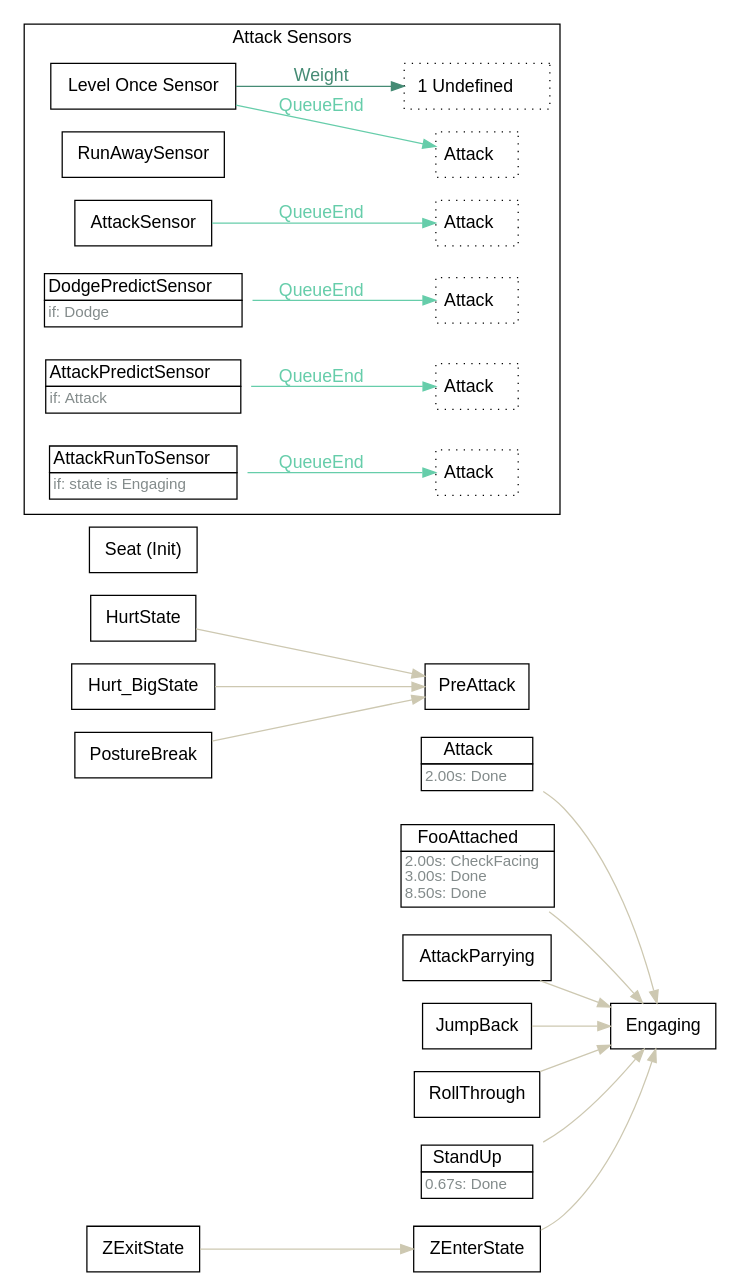
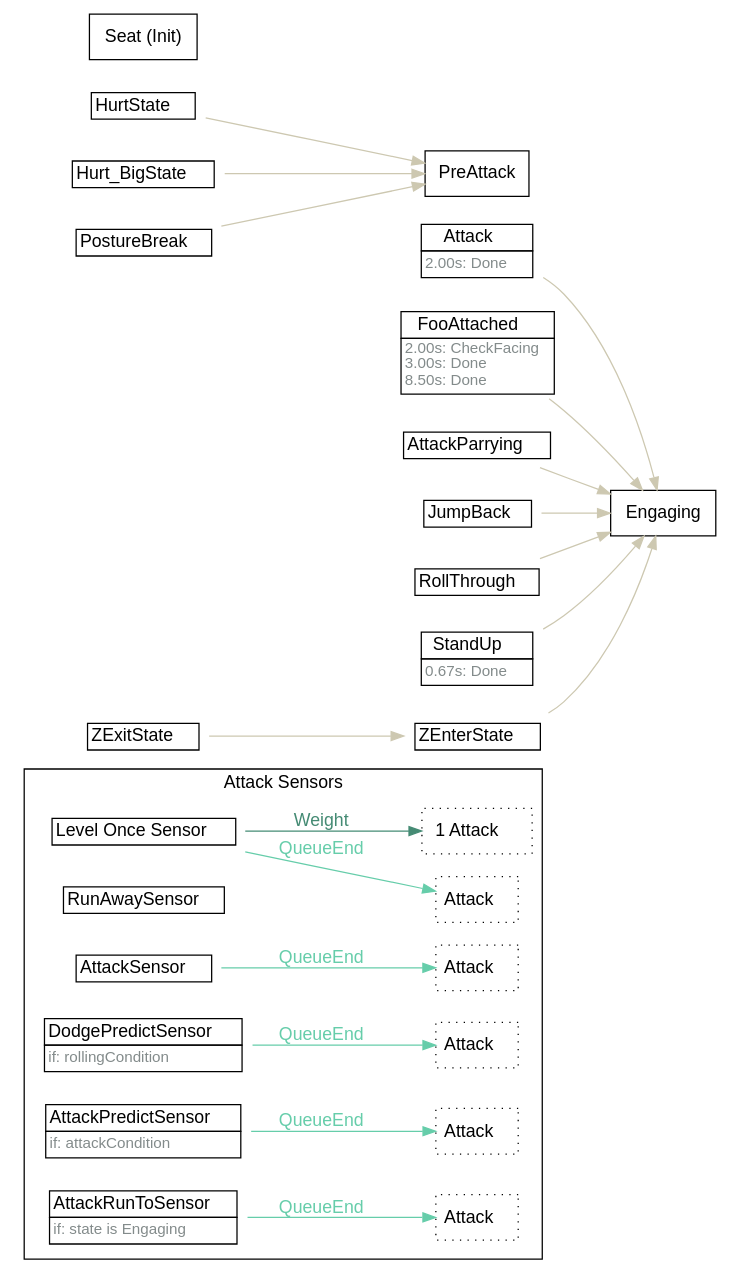
The diagram in Attacks/Minion/Red Tiger Elite Kuiyan-Statue_Shield Variant_M/data.dot (nine-sols-modding/StateDump), drawn with Graphviz before and after one commit. The commit also changed 463 other files, not shown here.

```diff
--- a/Attacks/Minion/Red Tiger Elite Kuiyan-Statue_Shield Variant_M/data.dot
+++ b/Attacks/Minion/Red Tiger Elite Kuiyan-Statue_Shield Variant_M/data.dot
@@ -1,52 +1,52 @@
 strict digraph "Foo" {
 	"rankdir"="LR";
-	node ["shape"="box", "fontname"="Helvetica"];
+	node ["shape"="box","fontname"="Helvetica"];
 	edge ["fontname"="Helvetica"];
-	"Attack" ["shape"="plaintext", "label"=<<TABLE border="0" cellborder="1" cellspacing="0" cellpadding="2"><TR><TD >Attack  </TD></TR><TR><TD align="left" balign="left"><FONT point-size="12" color="azure4">2.00s: Done</FONT>  </TD></TR></TABLE>>]
-	"Attack" -> "Engaging"  ["color"="cornsilk3", "fontcolor"="cornsilk3"]
-	"FooAttached" ["shape"="plaintext", "label"=<<TABLE border="0" cellborder="1" cellspacing="0" cellpadding="2"><TR><TD >FooAttached  </TD></TR><TR><TD align="left" balign="left"><FONT point-size="12" color="azure4">2.00s: CheckFacing<br/>3.00s: Done<br/>8.50s: Done</FONT>  </TD></TR></TABLE>>]
-	"FooAttached" -> "Engaging"  ["color"="cornsilk3", "fontcolor"="cornsilk3"]
-	"AttackParrying" ["label"="AttackParrying"]
-	"AttackParrying" -> "Engaging"  ["color"="cornsilk3", "fontcolor"="cornsilk3"]
-	"HurtState" ["label"="HurtState"]
-	"HurtState" -> "PreAttack"  ["color"="cornsilk3", "fontcolor"="cornsilk3"]
-	"Hurt_BigState" ["label"="Hurt_BigState"]
-	"Hurt_BigState" -> "PreAttack"  ["color"="cornsilk3", "fontcolor"="cornsilk3"]
-	"JumpBack" ["label"="JumpBack"]
-	"JumpBack" -> "Engaging"  ["color"="cornsilk3", "fontcolor"="cornsilk3"]
-	"PostureBreak" ["label"="PostureBreak"]
-	"PostureBreak" -> "PreAttack"  ["color"="cornsilk3", "fontcolor"="cornsilk3"]
-	"RollThrough" ["label"="RollThrough"]
-	"RollThrough" -> "Engaging"  ["color"="cornsilk3", "fontcolor"="cornsilk3"]
-	"StandUp" ["shape"="plaintext", "label"=<<TABLE border="0" cellborder="1" cellspacing="0" cellpadding="2"><TR><TD >StandUp  </TD></TR><TR><TD align="left" balign="left"><FONT point-size="12" color="azure4">0.67s: Done</FONT>  </TD></TR></TABLE>>]
-	"StandUp" -> "Engaging"  ["color"="cornsilk3", "fontcolor"="cornsilk3"]
-	"ZEnterState" ["label"="ZEnterState"]
-	"ZEnterState" -> "Engaging"  ["color"="cornsilk3", "fontcolor"="cornsilk3"]
-	"ZExitState" ["label"="ZExitState"]
-	"ZExitState" -> "ZEnterState"  ["color"="cornsilk3", "fontcolor"="cornsilk3"]
-	"Seat" ["label"="Seat (Init)"]
 	subgraph "cluster_attacksensors" {
 		"rank"="sink";
 		"label"="Attack Sensors";
 		"fontname"="Helvetica";
-		"Level Once Sensor" ["label"="Level Once Sensor"]
-		"Level Once Sensor_linked" ["shape"="box", "style"="dotted", "label"=<<TABLE border="0" cellborder="0" cellspacing="0" cellpadding="2"><TR><TD>Attack  </TD></TR></TABLE>>, "margin"="0.05"]
-		"Level Once Sensor" -> "Level Once Sensor_linked"  ["label"="QueueEnd", "color"="aquamarine3", "fontcolor"="aquamarine3"]
-		"Level Once Sensor_mustuse" ["shape"="box", "style"="dotted", "label"=<<TABLE border="0" cellborder="0" cellspacing="0" cellpadding="2"><TR><TD>1 Undefined  </TD></TR></TABLE>>]
-		"Level Once Sensor" -> "Level Once Sensor_mustuse"  ["label"="Weight", "color"="aquamarine4", "fontcolor"="aquamarine4"]
-		"RunAwaySensor" ["label"="RunAwaySensor"]
-		"AttackSensor" ["label"="AttackSensor"]
-		"AttackSensor_linked" ["shape"="box", "style"="dotted", "label"=<<TABLE border="0" cellborder="0" cellspacing="0" cellpadding="2"><TR><TD>Attack  </TD></TR></TABLE>>, "margin"="0.05"]
-		"AttackSensor" -> "AttackSensor_linked"  ["label"="QueueEnd", "color"="aquamarine3", "fontcolor"="aquamarine3"]
-		"DodgePredictSensor" ["shape"="plaintext", "label"=<<TABLE border="0" cellborder="1" cellspacing="0" cellpadding="2"><TR><TD >DodgePredictSensor  </TD></TR><TR><TD align="left" balign="left"><FONT point-size="12" color="azure4">if: Dodge</FONT>  </TD></TR></TABLE>>]
-		"DodgePredictSensor_linked" ["shape"="box", "style"="dotted", "label"=<<TABLE border="0" cellborder="0" cellspacing="0" cellpadding="2"><TR><TD>Attack  </TD></TR></TABLE>>, "margin"="0.05"]
-		"DodgePredictSensor" -> "DodgePredictSensor_linked"  ["label"="QueueEnd", "color"="aquamarine3", "fontcolor"="aquamarine3"]
-		"AttackPredictSensor" ["shape"="plaintext", "label"=<<TABLE border="0" cellborder="1" cellspacing="0" cellpadding="2"><TR><TD >AttackPredictSensor  </TD></TR><TR><TD align="left" balign="left"><FONT point-size="12" color="azure4">if: Attack</FONT>  </TD></TR></TABLE>>]
-		"AttackPredictSensor_linked" ["shape"="box", "style"="dotted", "label"=<<TABLE border="0" cellborder="0" cellspacing="0" cellpadding="2"><TR><TD>Attack  </TD></TR></TABLE>>, "margin"="0.05"]
-		"AttackPredictSensor" -> "AttackPredictSensor_linked"  ["label"="QueueEnd", "color"="aquamarine3", "fontcolor"="aquamarine3"]
-		"AttackRunToSensor" ["shape"="plaintext", "label"=<<TABLE border="0" cellborder="1" cellspacing="0" cellpadding="2"><TR><TD >AttackRunToSensor  </TD></TR><TR><TD align="left" balign="left"><FONT point-size="12" color="azure4">if: state is Engaging</FONT>  </TD></TR></TABLE>>]
-		"AttackRunToSensor_linked" ["shape"="box", "style"="dotted", "label"=<<TABLE border="0" cellborder="0" cellspacing="0" cellpadding="2"><TR><TD>Attack  </TD></TR></TABLE>>, "margin"="0.05"]
-		"AttackRunToSensor" -> "AttackRunToSensor_linked"  ["label"="QueueEnd", "color"="aquamarine3", "fontcolor"="aquamarine3"]
+		"Level Once Sensor" ["shape"="plaintext","label"=<<TABLE border="0" cellspacing="0" cellborder="1" cellpadding="2"><TR><TD>Level Once Sensor  </TD></TR></TABLE>>]
+		"Level Once Sensor_linked" ["shape"="box","style"="dotted","label"=<<TABLE border="0" cellspacing="0" cellborder="0" cellpadding="2"><TR><TD>Attack  </TD></TR></TABLE>>,"margin"="0.05"]
+		"Level Once Sensor" -> "Level Once Sensor_linked"  ["label"="QueueEnd","color"="aquamarine3","fontcolor"="aquamarine3"]
+		"Level Once Sensor_weight" ["shape"="box","style"="dotted","label"=<<TABLE border="0" cellspacing="0" cellborder="0" cellpadding="2"><TR><TD>1 Attack  </TD></TR></TABLE>>]
+		"Level Once Sensor" -> "Level Once Sensor_weight"  ["label"="Weight","color"="aquamarine4","fontcolor"="aquamarine4"]
+		"RunAwaySensor" ["shape"="plaintext","label"=<<TABLE border="0" cellspacing="0" cellborder="1" cellpadding="2"><TR><TD>RunAwaySensor  </TD></TR></TABLE>>]
+		"AttackSensor" ["shape"="plaintext","label"=<<TABLE border="0" cellspacing="0" cellborder="1" cellpadding="2"><TR><TD>AttackSensor  </TD></TR></TABLE>>]
+		"AttackSensor_linked" ["shape"="box","style"="dotted","label"=<<TABLE border="0" cellspacing="0" cellborder="0" cellpadding="2"><TR><TD>Attack  </TD></TR></TABLE>>,"margin"="0.05"]
+		"AttackSensor" -> "AttackSensor_linked"  ["label"="QueueEnd","color"="aquamarine3","fontcolor"="aquamarine3"]
+		"DodgePredictSensor" ["shape"="plaintext","label"=<<TABLE border="0" cellspacing="0" cellborder="1" cellpadding="2"><TR><TD>DodgePredictSensor  </TD></TR><TR><TD align="left" balign="left"><FONT point-size="12" color="azure4">if: rollingCondition</FONT>  </TD></TR></TABLE>>]
+		"DodgePredictSensor_linked" ["shape"="box","style"="dotted","label"=<<TABLE border="0" cellspacing="0" cellborder="0" cellpadding="2"><TR><TD>Attack  </TD></TR></TABLE>>,"margin"="0.05"]
+		"DodgePredictSensor" -> "DodgePredictSensor_linked"  ["label"="QueueEnd","color"="aquamarine3","fontcolor"="aquamarine3"]
+		"AttackPredictSensor" ["shape"="plaintext","label"=<<TABLE border="0" cellspacing="0" cellborder="1" cellpadding="2"><TR><TD>AttackPredictSensor  </TD></TR><TR><TD align="left" balign="left"><FONT point-size="12" color="azure4">if: attackCondition</FONT>  </TD></TR></TABLE>>]
+		"AttackPredictSensor_linked" ["shape"="box","style"="dotted","label"=<<TABLE border="0" cellspacing="0" cellborder="0" cellpadding="2"><TR><TD>Attack  </TD></TR></TABLE>>,"margin"="0.05"]
+		"AttackPredictSensor" -> "AttackPredictSensor_linked"  ["label"="QueueEnd","color"="aquamarine3","fontcolor"="aquamarine3"]
+		"AttackRunToSensor" ["shape"="plaintext","label"=<<TABLE border="0" cellspacing="0" cellborder="1" cellpadding="2"><TR><TD>AttackRunToSensor  </TD></TR><TR><TD align="left" balign="left"><FONT point-size="12" color="azure4">if: state is Engaging</FONT>  </TD></TR></TABLE>>]
+		"AttackRunToSensor_linked" ["shape"="box","style"="dotted","label"=<<TABLE border="0" cellspacing="0" cellborder="0" cellpadding="2"><TR><TD>Attack  </TD></TR></TABLE>>,"margin"="0.05"]
+		"AttackRunToSensor" -> "AttackRunToSensor_linked"  ["label"="QueueEnd","color"="aquamarine3","fontcolor"="aquamarine3"]
 	}
 	
+	"Attack" -> "Engaging"  ["color"="cornsilk3","fontcolor"="cornsilk3"]
+	"Attack" ["shape"="plaintext","label"=<<TABLE border="0" cellspacing="0" cellborder="1" cellpadding="2"><TR><TD>Attack  </TD></TR><TR><TD align="left" balign="left"><FONT point-size="12" color="azure4">2.00s: Done</FONT>  </TD></TR></TABLE>>]
+	"FooAttached" -> "Engaging"  ["color"="cornsilk3","fontcolor"="cornsilk3"]
+	"FooAttached" ["shape"="plaintext","label"=<<TABLE border="0" cellspacing="0" cellborder="1" cellpadding="2"><TR><TD>FooAttached  </TD></TR><TR><TD align="left" balign="left"><FONT point-size="12" color="azure4">2.00s: CheckFacing<br/>3.00s: Done<br/>8.50s: Done</FONT>  </TD></TR></TABLE>>]
+	"AttackParrying" -> "Engaging"  ["color"="cornsilk3","fontcolor"="cornsilk3"]
+	"AttackParrying" ["shape"="plaintext","label"=<<TABLE border="0" cellspacing="0" cellborder="1" cellpadding="2"><TR><TD>AttackParrying  </TD></TR></TABLE>>]
+	"HurtState" -> "PreAttack"  ["color"="cornsilk3","fontcolor"="cornsilk3"]
+	"HurtState" ["shape"="plaintext","label"=<<TABLE border="0" cellspacing="0" cellborder="1" cellpadding="2"><TR><TD>HurtState  </TD></TR></TABLE>>]
+	"Hurt_BigState" -> "PreAttack"  ["color"="cornsilk3","fontcolor"="cornsilk3"]
+	"Hurt_BigState" ["shape"="plaintext","label"=<<TABLE border="0" cellspacing="0" cellborder="1" cellpadding="2"><TR><TD>Hurt_BigState  </TD></TR></TABLE>>]
+	"JumpBack" -> "Engaging"  ["color"="cornsilk3","fontcolor"="cornsilk3"]
+	"JumpBack" ["shape"="plaintext","label"=<<TABLE border="0" cellspacing="0" cellborder="1" cellpadding="2"><TR><TD>JumpBack  </TD></TR></TABLE>>]
+	"PostureBreak" -> "PreAttack"  ["color"="cornsilk3","fontcolor"="cornsilk3"]
+	"PostureBreak" ["shape"="plaintext","label"=<<TABLE border="0" cellspacing="0" cellborder="1" cellpadding="2"><TR><TD>PostureBreak  </TD></TR></TABLE>>]
+	"RollThrough" -> "Engaging"  ["color"="cornsilk3","fontcolor"="cornsilk3"]
+	"RollThrough" ["shape"="plaintext","label"=<<TABLE border="0" cellspacing="0" cellborder="1" cellpadding="2"><TR><TD>RollThrough  </TD></TR></TABLE>>]
+	"StandUp" -> "Engaging"  ["color"="cornsilk3","fontcolor"="cornsilk3"]
+	"StandUp" ["shape"="plaintext","label"=<<TABLE border="0" cellspacing="0" cellborder="1" cellpadding="2"><TR><TD>StandUp  </TD></TR><TR><TD align="left" balign="left"><FONT point-size="12" color="azure4">0.67s: Done</FONT>  </TD></TR></TABLE>>]
+	"ZEnterState" -> "Engaging"  ["color"="cornsilk3","fontcolor"="cornsilk3"]
+	"ZEnterState" ["shape"="plaintext","label"=<<TABLE border="0" cellspacing="0" cellborder="1" cellpadding="2"><TR><TD>ZEnterState  </TD></TR></TABLE>>]
+	"ZExitState" -> "ZEnterState"  ["color"="cornsilk3","fontcolor"="cornsilk3"]
+	"ZExitState" ["shape"="plaintext","label"=<<TABLE border="0" cellspacing="0" cellborder="1" cellpadding="2"><TR><TD>ZExitState  </TD></TR></TABLE>>]
+	"Seat" ["label"="Seat (Init)"]
 }
```
